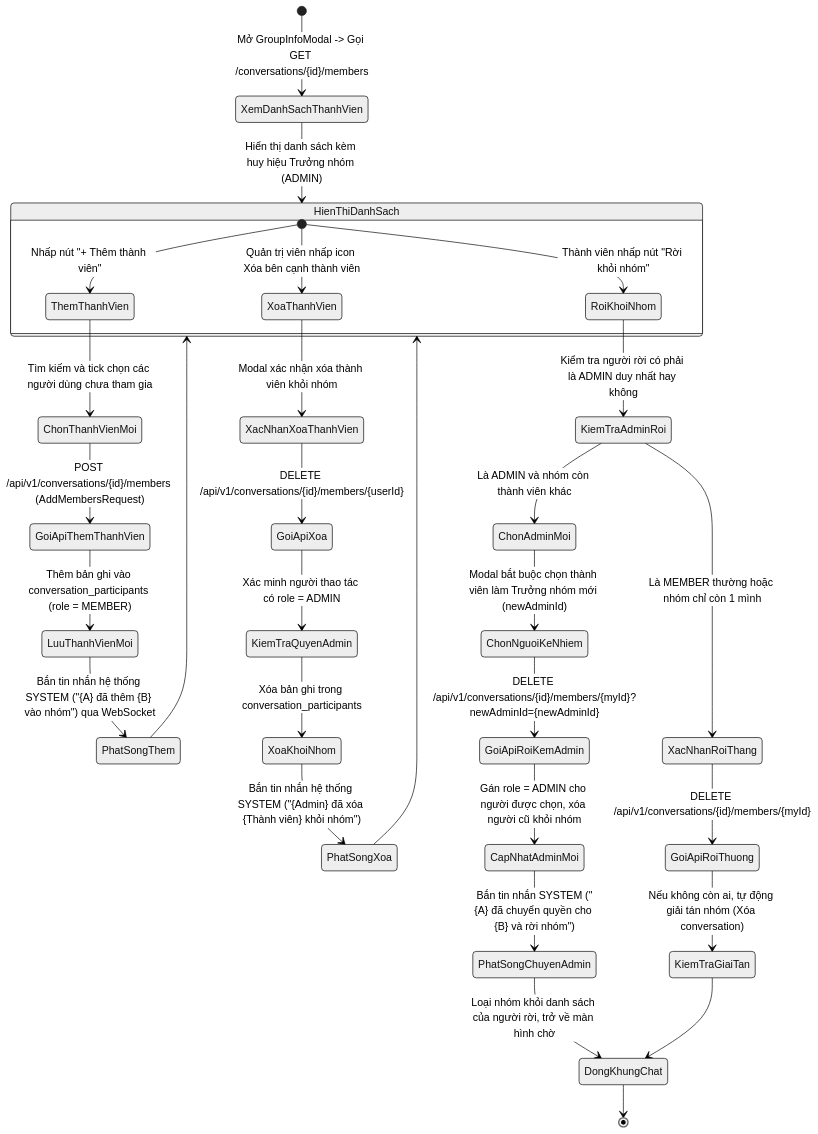
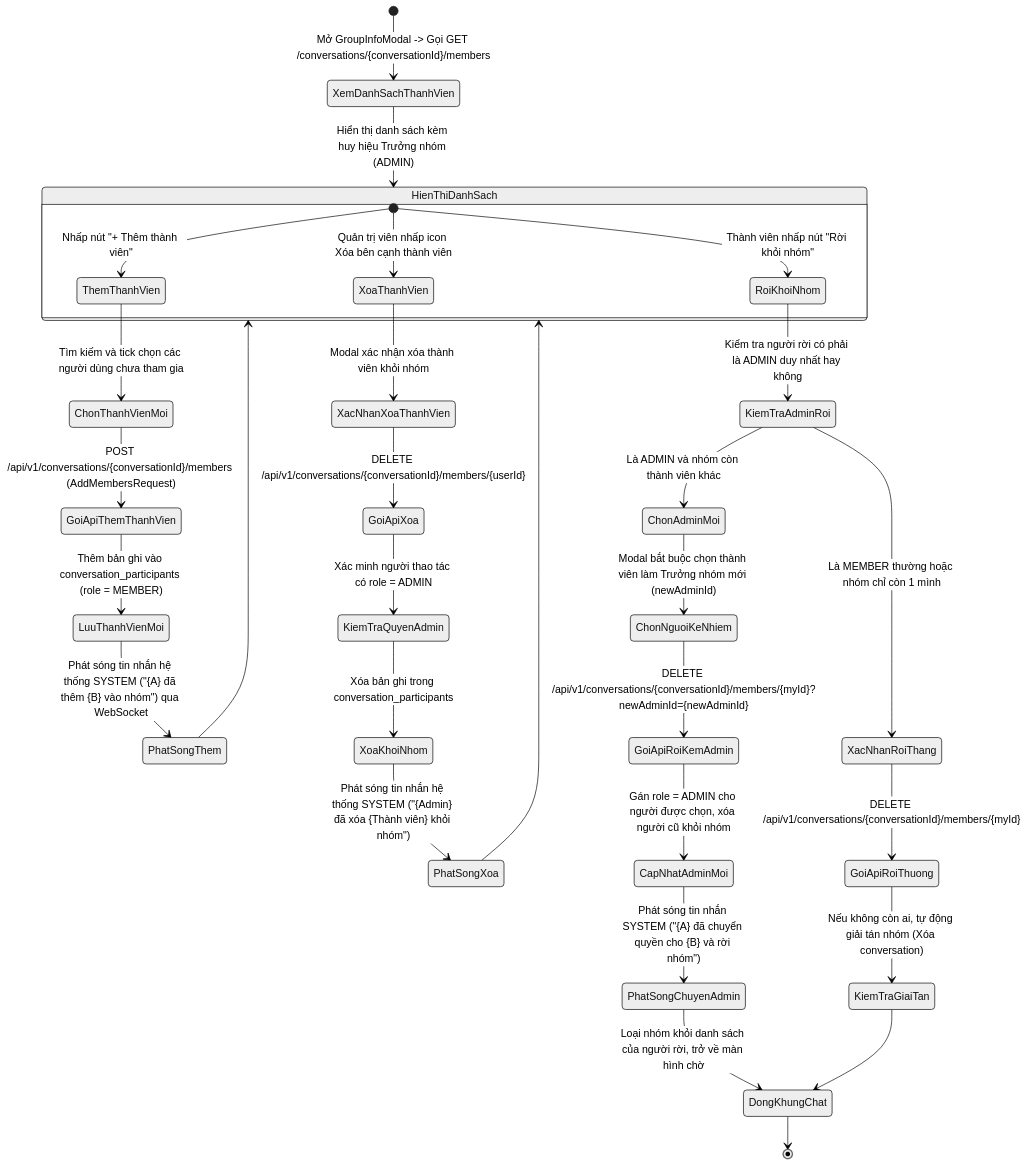
The first of 3 diagrams in docs/update_SRS/SRS_UC_38_ManageGroupMembers.md (Alumnect/Alumnect), drawn with Mermaid (neutral theme) before and after one commit. The commit also changed other lines of this file and 83 other files, not shown here.

````diff
--- a/docs/update_SRS/SRS_UC_38_ManageGroupMembers.md
+++ b/docs/update_SRS/SRS_UC_38_ManageGroupMembers.md
@@ -7,43 +7,43 @@
 ```mermaid
 stateDiagram-v2
-    [*] --> XemDanhSachThanhVien: Mở GroupInfoModal -> Gọi GET /conversations/{id}/members
+    [*] --> XemDanhSachThanhVien: Mở GroupInfoModal -> Gọi GET /conversations/{conversationId}/members
     XemDanhSachThanhVien --> HienThiDanhSach: Hiển thị danh sách kèm huy hiệu Trưởng nhóm (ADMIN)
     
     state HienThiDanhSach {
         [*] --> ThemThanhVien: Nhấp nút "+ Thêm thành viên"
         [*] --> XoaThanhVien: Quản trị viên nhấp icon Xóa bên cạnh thành viên
         [*] --> RoiKhoiNhom: Thành viên nhấp nút "Rời khỏi nhóm"
     }
     
     ThemThanhVien --> ChonThanhVienMoi: Tìm kiếm và tick chọn các người dùng chưa tham gia
-    ChonThanhVienMoi --> GoiApiThemThanhVien: POST /api/v1/conversations/{id}/members (AddMembersRequest)
+    ChonThanhVienMoi --> GoiApiThemThanhVien: POST /api/v1/conversations/{conversationId}/members (AddMembersRequest)
     GoiApiThemThanhVien --> LuuThanhVienMoi: Thêm bản ghi vào conversation_participants (role = MEMBER)
-    LuuThanhVienMoi --> PhatSongThem: Bắn tin nhắn hệ thống SYSTEM ("{A} đã thêm {B} vào nhóm") qua WebSocket
+    LuuThanhVienMoi --> PhatSongThem: Phát sóng tin nhắn hệ thống SYSTEM ("{A} đã thêm {B} vào nhóm") qua WebSocket
     PhatSongThem --> HienThiDanhSach
     
     XoaThanhVien --> XacNhanXoaThanhVien: Modal xác nhận xóa thành viên khỏi nhóm
-    XacNhanXoaThanhVien --> GoiApiXoa: DELETE /api/v1/conversations/{id}/members/{userId}
+    XacNhanXoaThanhVien --> GoiApiXoa: DELETE /api/v1/conversations/{conversationId}/members/{userId}
     GoiApiXoa --> KiemTraQuyenAdmin: Xác minh người thao tác có role = ADMIN
     KiemTraQuyenAdmin --> XoaKhoiNhom: Xóa bản ghi trong conversation_participants
-    XoaKhoiNhom --> PhatSongXoa: Bắn tin nhắn hệ thống SYSTEM ("{Admin} đã xóa {Thành viên} khỏi nhóm")
+    XoaKhoiNhom --> PhatSongXoa: Phát sóng tin nhắn hệ thống SYSTEM ("{Admin} đã xóa {Thành viên} khỏi nhóm")
     PhatSongXoa --> HienThiDanhSach
     
     RoiKhoiNhom --> KiemTraAdminRoi: Kiểm tra người rời có phải là ADMIN duy nhất hay không
     
     state KiemTraAdminRoi <<choice>>
     KiemTraAdminRoi --> ChonAdminMoi: Là ADMIN và nhóm còn thành viên khác
     KiemTraAdminRoi --> XacNhanRoiThang: Là MEMBER thường hoặc nhóm chỉ còn 1 mình
     
     ChonAdminMoi --> ChonNguoiKeNhiem: Modal bắt buộc chọn thành viên làm Trưởng nhóm mới (newAdminId)
-    ChonNguoiKeNhiem --> GoiApiRoiKemAdmin: DELETE /api/v1/conversations/{id}/members/{myId}?newAdminId={newAdminId}
+    ChonNguoiKeNhiem --> GoiApiRoiKemAdmin: DELETE /api/v1/conversations/{conversationId}/members/{myId}?newAdminId={newAdminId}
     
-    XacNhanRoiThang --> GoiApiRoiThuong: DELETE /api/v1/conversations/{id}/members/{myId}
+    XacNhanRoiThang --> GoiApiRoiThuong: DELETE /api/v1/conversations/{conversationId}/members/{myId}
     
     GoiApiRoiKemAdmin --> CapNhatAdminMoi: Gán role = ADMIN cho người được chọn, xóa người cũ khỏi nhóm
-    CapNhatAdminMoi --> PhatSongChuyenAdmin: Bắn tin nhắn SYSTEM ("{A} đã chuyển quyền cho {B} và rời nhóm")
+    CapNhatAdminMoi --> PhatSongChuyenAdmin: Phát sóng tin nhắn SYSTEM ("{A} đã chuyển quyền cho {B} và rời nhóm")
     PhatSongChuyenAdmin --> DongKhungChat: Loại nhóm khỏi danh sách của người rời, trở về màn hình chờ
     
     GoiApiRoiThuong --> KiemTraGiaiTan: Nếu không còn ai, tự động giải tán nhóm (Xóa conversation)
     KiemTraGiaiTan --> DongKhungChat
     DongKhungChat --> [*]
 ```
````
